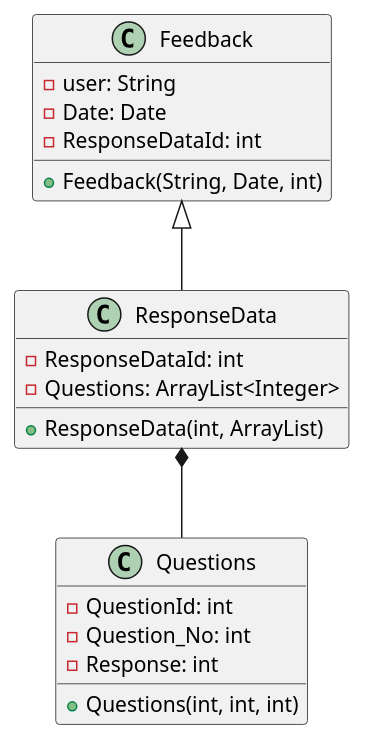
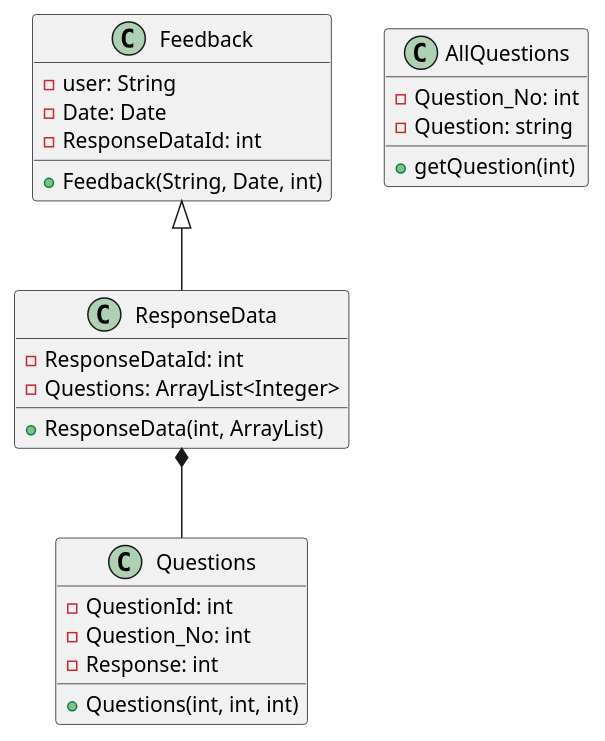
The diagram in src/main/java/Feedback.puml (raghav19897/Feedback_DM), drawn with PlantUML before and after one commit. The commit also changed 5 other files, not shown here.

```diff
--- a/src/main/java/Feedback.puml
+++ b/src/main/java/Feedback.puml
@@ -1,23 +1,29 @@
 @startuml
 class Feedback{
 -user: String
 -Date: Date
 -ResponseDataId: int
 +Feedback(String, Date, int)
 }
 
 class ResponseData{
 -ResponseDataId: int
 -Questions: ArrayList<Integer>
 +ResponseData(int, ArrayList)
 }
 
 class Questions{
 -QuestionId: int
 -Question_No: int
 -Response: int
 +Questions(int, int, int)
 }
+
+class AllQuestions{
+-Question_No: int
+-Question: string
++getQuestion(int)
+}
 Feedback <|-- ResponseData
 ResponseData *-- Questions
 @enduml
```
